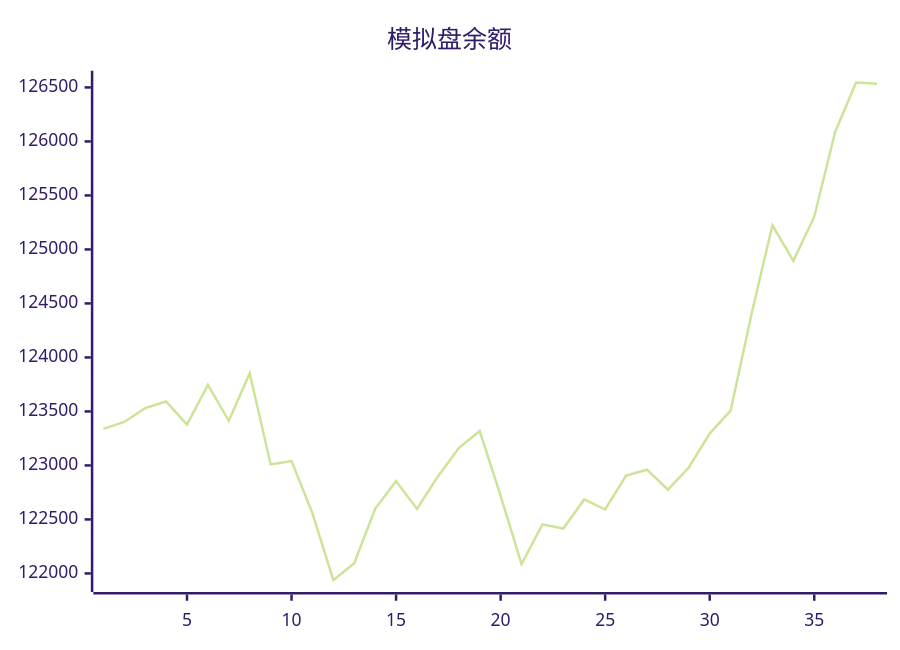
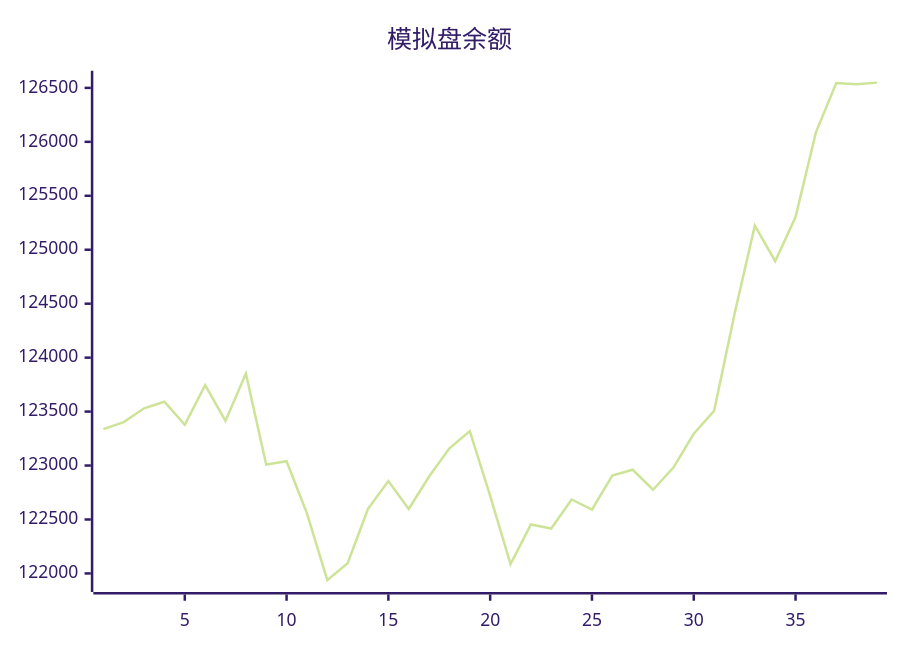
One commit to aahl/mcp-aktools changed the diagram in trading/README.md. Above: the diagram before and after it, drawn with Mermaid (forest theme). The commit also changed 1 other file, not shown here.

Commit message:
📈 Auto Trading Result

````diff
--- a/trading/README.md
+++ b/trading/README.md
@@ -3,5 +3,5 @@
 ```mermaid
 xychart
     title "模拟盘余额"
-    line [123337.9,123402.4,123530.3,123591.6,123377.9,123745.3,123413.3,123853.1,123009.4,123039.8,122557.0,121938.0,122094.6,122599.0,122856.1,122597.3,122898.1,123160.2,123318.8,122719.1,122086.7,122454.1,122415.9,122685.2,122591.9,122906.8,122960.7,122775.6,122980.9,123294.6,123507.0,124402.7,125223.7,124894.0,125303.1,126088.0,126544.5,126533.9]
+    line [123337.9,123402.4,123530.3,123591.6,123377.9,123745.3,123413.3,123853.1,123009.4,123039.8,122557.0,121938.0,122094.6,122599.0,122856.1,122597.3,122898.1,123160.2,123318.8,122719.1,122086.7,122454.1,122415.9,122685.2,122591.9,122906.8,122960.7,122775.6,122980.9,123294.6,123507.0,124402.7,125223.7,124894.0,125303.1,126088.0,126544.5,126533.9,126548.8]
 ```
````
